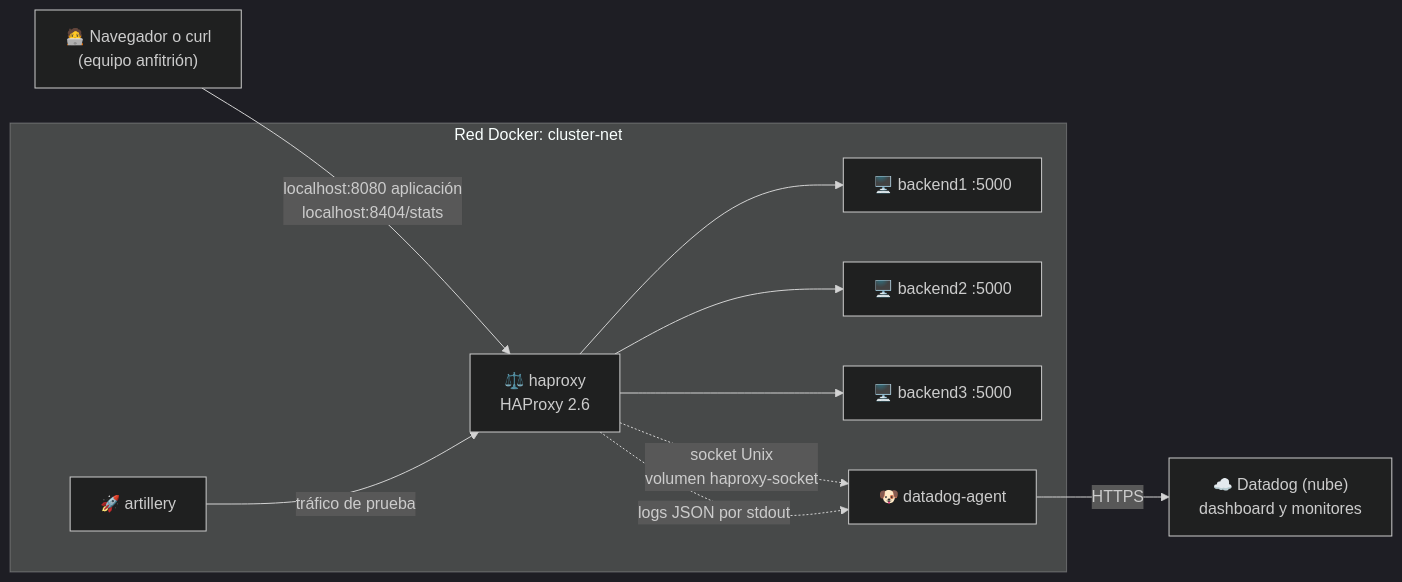
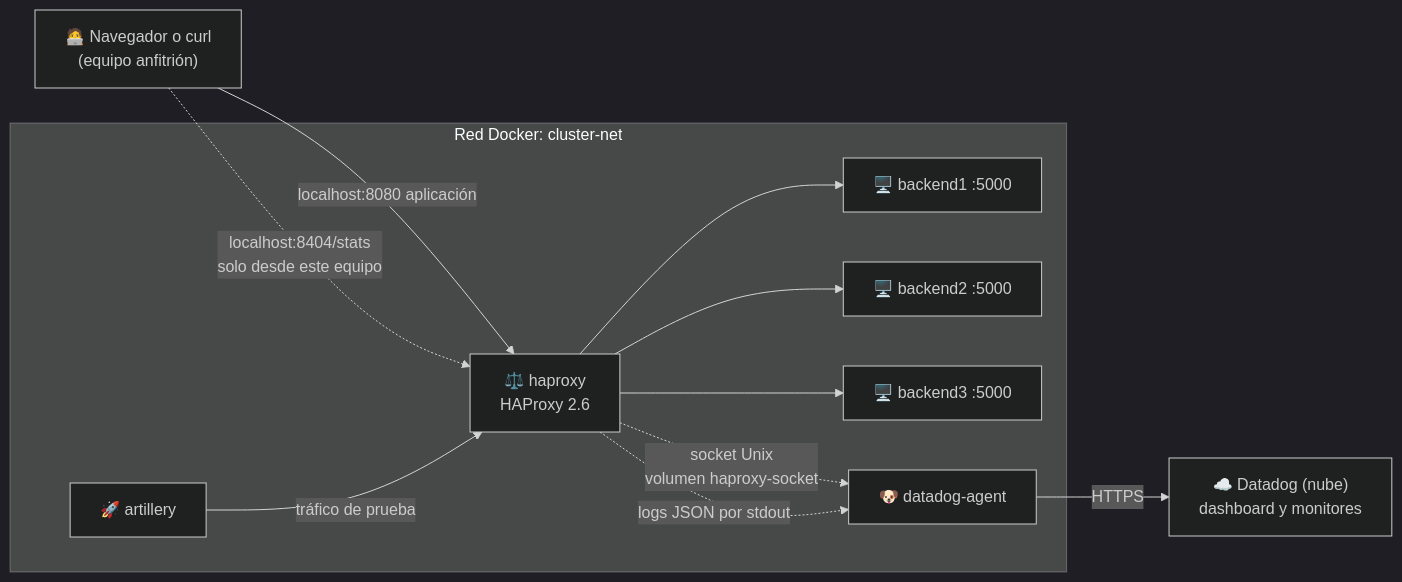
One commit to MBeta032/Monitoreo-de-Cluster-HAProxy-con-Datadog changed the diagram in README.md. Above: the diagram before and after it, drawn with Mermaid (dark theme). The commit also changed other lines of this file and 1 other file, not shown here.

````diff
--- a/README.md
+++ b/README.md
@@ -89,21 +80,22 @@
 ```mermaid
 flowchart LR
     U["🧑‍💻 Navegador o curl<br/>(equipo anfitrión)"]
     subgraph RED["Red Docker: cluster-net"]
         A["🚀 artillery"]
         H["⚖️ haproxy<br/>HAProxy 2.6"]
         B1["🖥️ backend1 :5000"]
         B2["🖥️ backend2 :5000"]
         B3["🖥️ backend3 :5000"]
         D["🐶 datadog-agent"]
     end
     C["☁️ Datadog (nube)<br/>dashboard y monitores"]
-    U -->|"localhost:8080 aplicación<br/>localhost:8404/stats"| H
+    U -->|"localhost:8080 aplicación"| H
+    U -.->|"localhost:8404/stats<br/>solo desde este equipo"| H
     A -->|"tráfico de prueba"| H
     H --> B1
     H --> B2
     H --> B3
     H -.->|"socket Unix<br/>volumen haproxy-socket"| D
     H -.->|"logs JSON por stdout"| D
     D -->|"HTTPS"| C
 ```
````
